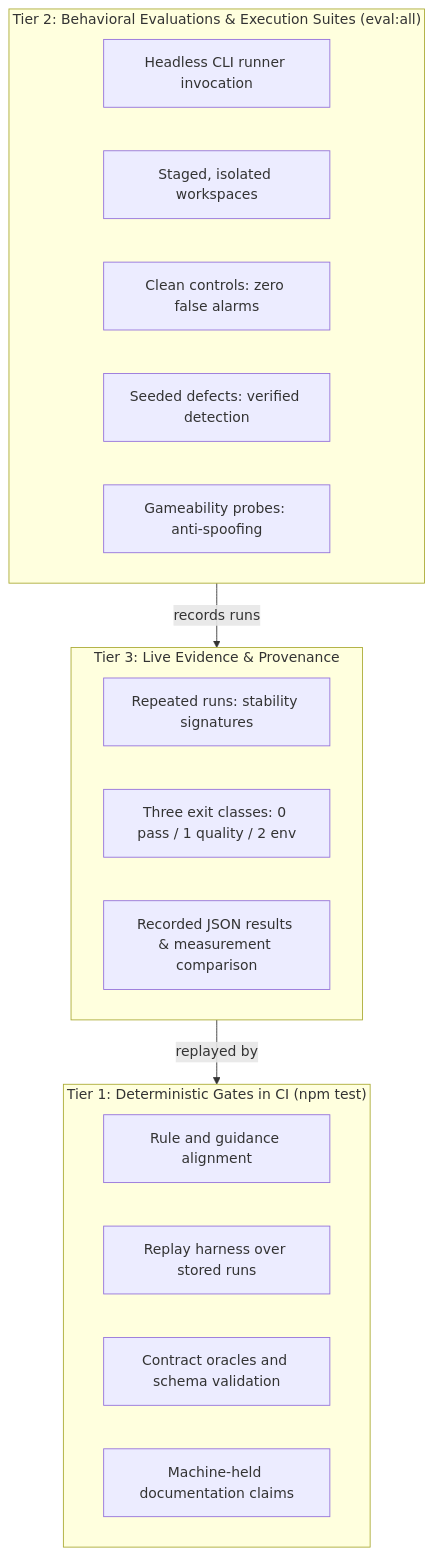
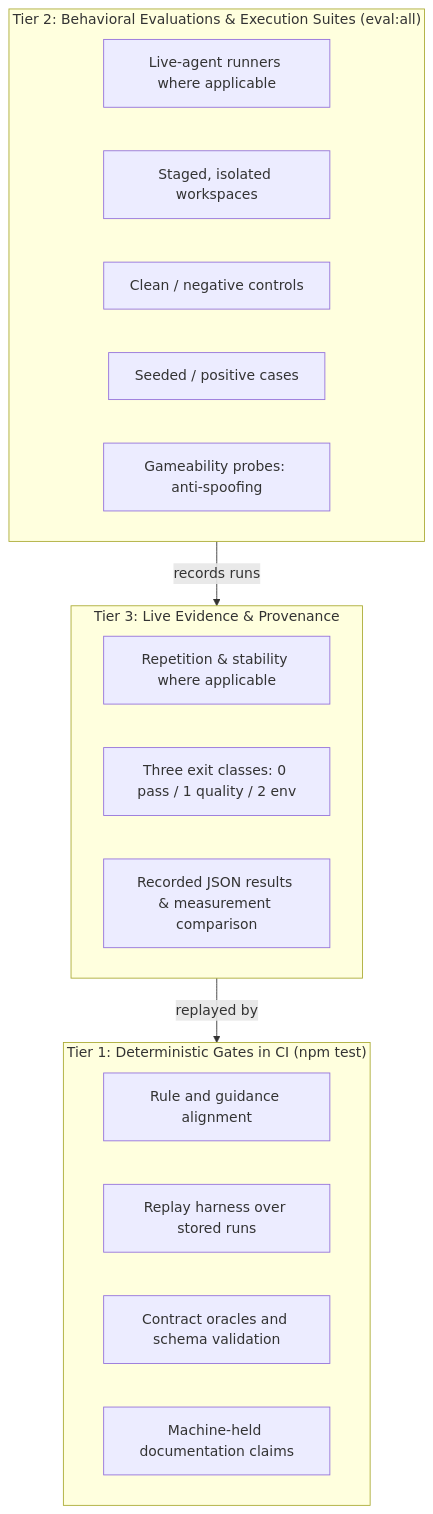
The diagram in docs/explanation/how-tea-is-tested.md (bmad-code-org/bmad-method-test-architecture-enterprise), drawn with Mermaid before and after one commit. The commit also changed other lines of this file and 1 other file, not shown here.

Commit message:
docs: refine diagram, stability wording, and future work phrasing

````diff
--- a/docs/explanation/how-tea-is-tested.md
+++ b/docs/explanation/how-tea-is-tested.md
@@ -11,26 +11,26 @@
 ```mermaid
 flowchart TD
   subgraph TIER1["Tier 1: Deterministic Gates in CI (npm test)"]
     D1[Rule and guidance alignment]
     D2[Replay harness over stored runs]
     D3[Contract oracles and schema validation]
     D4[Machine-held documentation claims]
   end
 
   subgraph TIER2["Tier 2: Behavioral Evaluations & Execution Suites (eval:all)"]
-    B1[Headless CLI runner invocation]
+    B1[Live-agent runners where applicable]
     B2[Staged, isolated workspaces]
-    B3[Clean controls: zero false alarms]
-    B4[Seeded defects: verified detection]
+    B3[Clean / negative controls]
+    B4[Seeded / positive cases]
     B5[Gameability probes: anti-spoofing]
   end
 
   subgraph TIER3["Tier 3: Live Evidence & Provenance"]
-    E1[Repeated runs: stability signatures]
+    E1[Repetition & stability where applicable]
     E2[Three exit classes: 0 pass / 1 quality / 2 env]
     E3[Recorded JSON results & measurement comparison]
   end
 
   TIER2 -->|records runs| TIER3
   TIER3 -->|replayed by| TIER1
 ```
````
